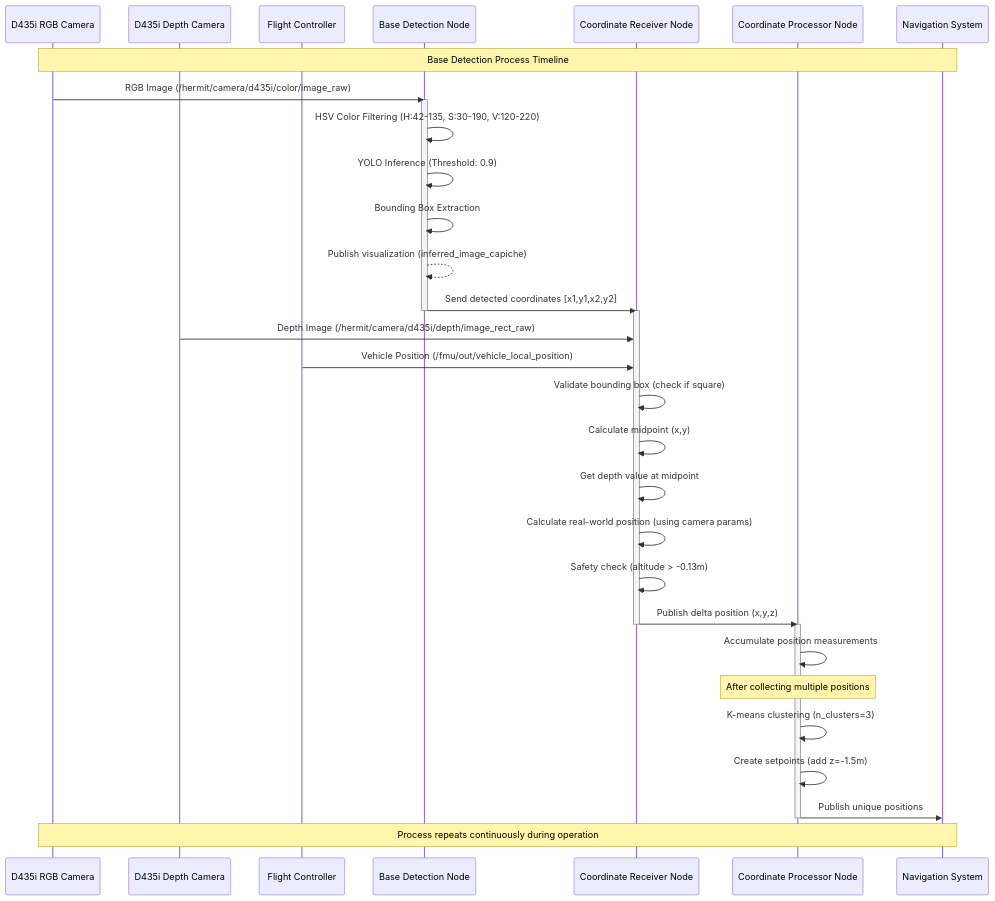
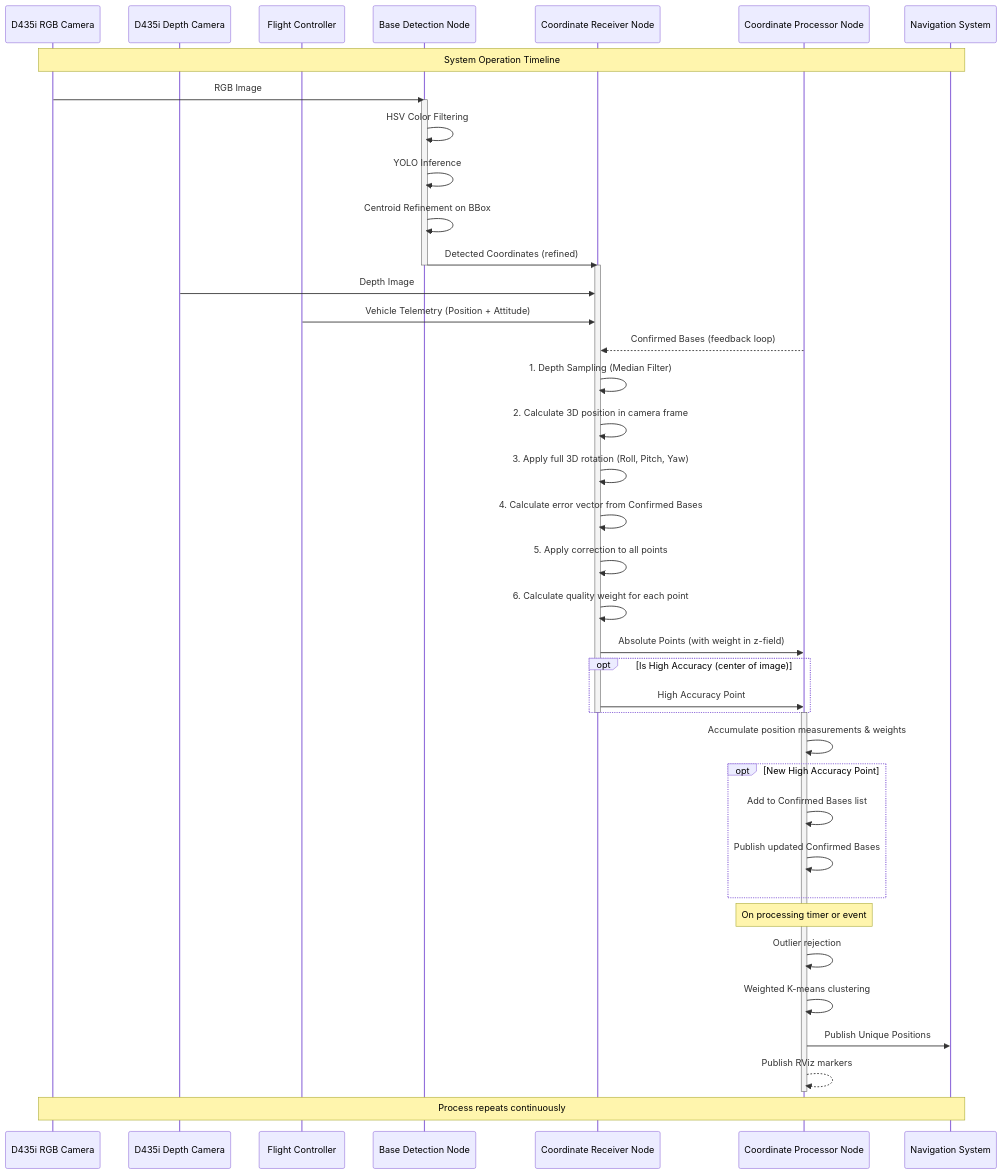
The second of 2 diagrams in README.md (FlyingRobots-Pequi/base_detection), drawn with Mermaid before and after one commit. The commit also changed other lines of this file and 2 other files, not shown here.

````diff
--- a/README.md
+++ b/README.md
@@ -25,50 +78,56 @@
 ```mermaid
 sequenceDiagram
     participant Camera as D435i RGB Camera
     participant Depth as D435i Depth Camera
     participant PX4 as Flight Controller
     participant BDN as Base Detection Node
     participant CRN as Coordinate Receiver Node
     participant CPN as Coordinate Processor Node
     participant Nav as Navigation System
 
-    Note over Camera,Nav: Base Detection Process Timeline
+    Note over Camera,Nav: System Operation Timeline
     
-    Camera->>BDN: RGB Image (/hermit/camera/d435i/color/image_raw)
+    Camera->>BDN: RGB Image
     activate BDN
-    
-    BDN->>BDN: HSV Color Filtering (H:42-135, S:30-190, V:120-220)
-    BDN->>BDN: YOLO Inference (Threshold: 0.9)
-    BDN->>BDN: Bounding Box Extraction
-    
-    BDN-->>BDN: Publish visualization (inferred_image_capiche)
-    BDN->>CRN: Send detected coordinates [x1,y1,x2,y2]
+    BDN->>BDN: HSV Color Filtering
+    BDN->>BDN: YOLO Inference
+    BDN->>BDN: Centroid Refinement on BBox
+    BDN->>CRN: Detected Coordinates (refined)
     deactivate BDN
     
     activate CRN
-    Depth->>CRN: Depth Image (/hermit/camera/d435i/depth/image_rect_raw)
-    PX4->>CRN: Vehicle Position (/fmu/out/vehicle_local_position)
+    Depth->>CRN: Depth Image
+    PX4->>CRN: Vehicle Telemetry (Position + Attitude)
+    CPN-->>CRN: Confirmed Bases (feedback loop)
     
-    CRN->>CRN: Validate bounding box (check if square)
-    CRN->>CRN: Calculate midpoint (x,y)
-    CRN->>CRN: Get depth value at midpoint
-    CRN->>CRN: Calculate real-world position (using camera params)
-    CRN->>CRN: Safety check (altitude > -0.13m)
+    CRN->>CRN: 1. Depth Sampling (Median Filter)
+    CRN->>CRN: 2. Calculate 3D position in camera frame
+    CRN->>CRN: 3. Apply full 3D rotation (Roll, Pitch, Yaw)
+    CRN->>CRN: 4. Calculate error vector from Confirmed Bases
+    CRN->>CRN: 5. Apply correction to all points
+    CRN->>CRN: 6. Calculate quality weight for each point
     
-    CRN->>CPN: Publish delta position (x,y,z)
+    CRN->>CPN: Absolute Points (with weight in z-field)
+    opt Is High Accuracy (center of image)
+        CRN->>CPN: High Accuracy Point
+    end
     deactivate CRN
     
     activate CPN
+    CPN->>CPN: Accumulate position measurements & weights
+    opt New High Accuracy Point
+        CPN->>CPN: Add to Confirmed Bases list
+        CPN->>CPN: Publish updated Confirmed Bases
+    end
+
+    Note over CPN: On processing timer or event
     
-    CPN->>CPN: Accumulate position measurements
+    CPN->>CPN: Outlier rejection
+    CPN->>CPN: Weighted K-means clustering
     
-    Note over CPN: After collecting multiple positions
-    
-    CPN->>CPN: K-means clustering (n_clusters=3)
-    CPN->>CPN: Create setpoints (add z=-1.5m)
-    
-    CPN->>Nav: Publish unique positions
+    CPN->>Nav: Publish Unique Positions
+    CPN-->>CPN: Publish RViz markers
     deactivate CPN
     
-    Note over Camera,Nav: Process repeats continuously during operation
+    Note over Camera,Nav: Process repeats continuously
 ```
````
